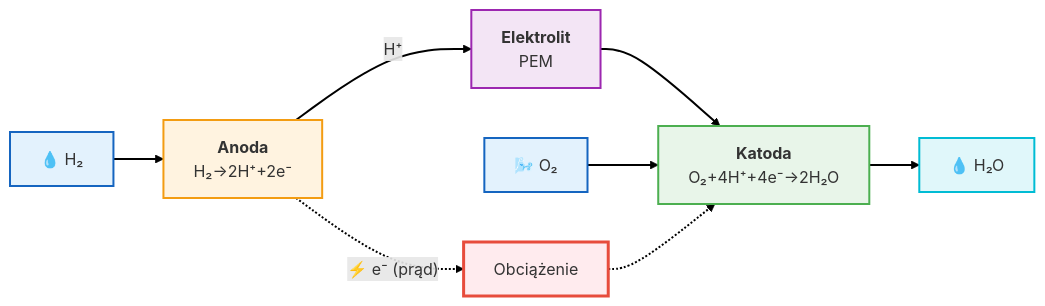
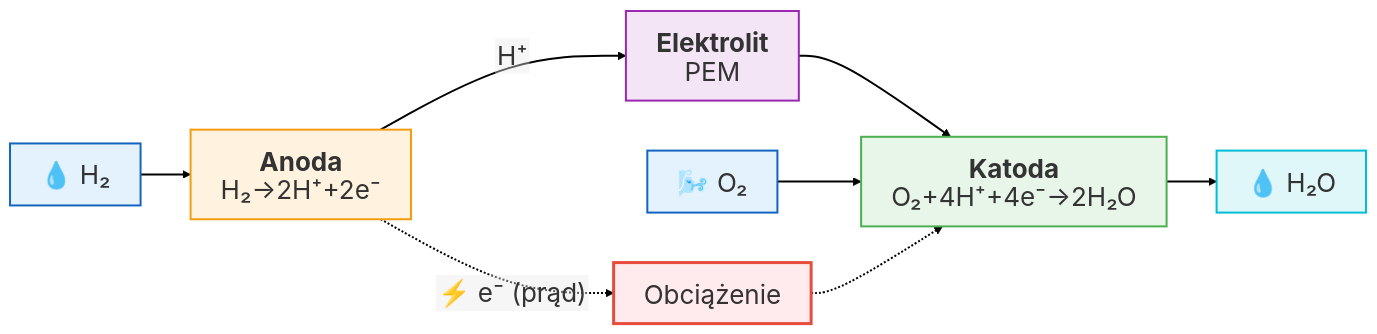
Before and after one commit to moondec/Termodynamika: the fifth of 6 diagrams in Wyklady/15_Spalanie_Egzergia.qmd, drawn with Mermaid. The commit also changed other lines of this file and 84 other files, not shown here.

First line of the commit message:
Wykłady: diagramy mermaid bez ucinania i dopasowane do slajdów

````diff
--- a/Wyklady/15_Spalanie_Egzergia.qmd
+++ b/Wyklady/15_Spalanie_Egzergia.qmd
@@ -339,24 +345,25 @@
 ```{mermaid}
 %%| fig-align: center
-%%| fig-width: 7
-%%| fig-height: 2
 
-%%{init: {'theme': 'default', 'flowchart': { 'useMaxWidth': false, 'htmlLabels': true }, 'themeVariables': { 'fontSize': '16px', 'fontFamily': 'sans-serif' }}}%%
+%%{init: {'theme': 'default', 'flowchart': {'htmlLabels': false, 'wrappingWidth': 400, 'subGraphTitleMargin': {'top': 6, 'bottom': 16}}, 'themeVariables': {'fontSize': '26px', 'fontFamily': 'Arial, Helvetica, sans-serif'}, 'htmlLabels': false}}%%
 flowchart LR
-    H2["💧 H₂"] --> A["<b>Anoda</b><br>H₂→2H⁺+2e⁻"]
+    H2["💧 H₂"] --> A["`**Anoda**
+H₂→2H⁺+2e⁻`"]
     A -.->|"⚡ e⁻ (prąd)"| LOAD["Obciążenie"]
-    A -->|"H⁺"| E["<b>Elektrolit</b><br>PEM"]
-    E --> C["<b>Katoda</b><br>O₂+4H⁺+4e⁻→2H₂O"]
+    A -->|"H⁺"| E["`**Elektrolit**
+PEM`"]
+    E --> C["`**Katoda**
+O₂+4H⁺+4e⁻→2H₂O`"]
     O2["🌬️ O₂"] --> C
     LOAD -.-> C
     C --> W["💧 H₂O"]
     
     style H2 fill:#e3f2fd,stroke:#1565c0,stroke-width:2px
     style A fill:#fff3e0,stroke:#f39c12,stroke-width:2px
     style E fill:#f3e5f5,stroke:#9c27b0,stroke-width:2px
     style C fill:#e8f5e9,stroke:#4caf50,stroke-width:2px
     style O2 fill:#e3f2fd,stroke:#1565c0,stroke-width:2px
     style LOAD fill:#ffebee,stroke:#e74c3c,stroke-width:3px
     style W fill:#e0f7fa,stroke:#00bcd4,stroke-width:2px
     linkStyle default stroke-width:2px,fill:none,stroke:black
 ```
````
